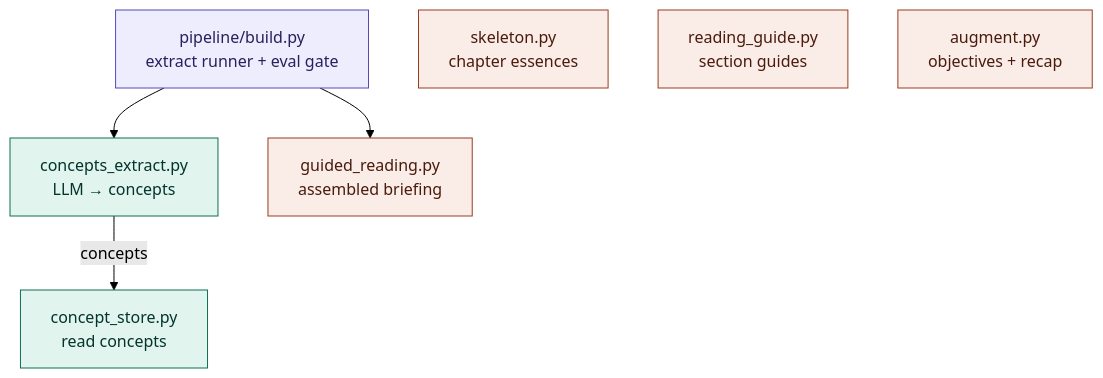
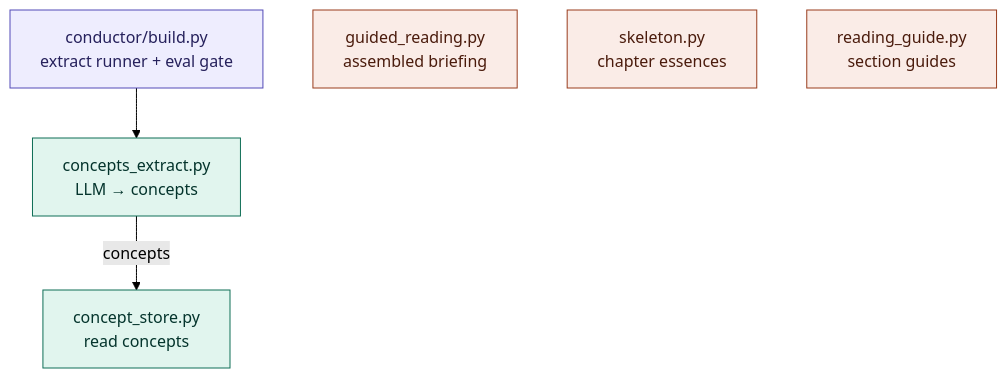
The fourth of 4 diagrams in MAP.md (Aiden-Ferrante/learnhub-core), drawn with Mermaid (forest theme) before and after one commit. The commit also changed other lines of this file and 461 other files, not shown here.

````diff
--- a/MAP.md
+++ b/MAP.md
@@ -355,29 +327,26 @@
 ```mermaid
 flowchart TD
-  build["pipeline/build.py<br/>extract runner + eval gate"]
+  build["conductor/build.py<br/>extract runner + eval gate"]
   concepts["concepts_extract.py<br/>LLM → concepts"]
   store["concept_store.py<br/>read concepts"]
   deep["guided_reading.py<br/>assembled briefing"]
   skeleton["skeleton.py<br/>chapter essences"]
   guide["reading_guide.py<br/>section guides"]
-  augment["augment.py<br/>objectives + recap"]
 
   build --> concepts
-  build --> deep
   concepts -->|concepts| store
 
   classDef trig fill:#EEEDFE,stroke:#534AB7,color:#26215C;
   classDef core fill:#E1F5EE,stroke:#0F6E56,color:#04342C;
   classDef pass fill:#FAECE7,stroke:#993C1D,color:#4A1B0C;
   class build trig;
   class concepts,store core;
-  class deep,skeleton,guide,augment pass;
+  class deep,skeleton,guide pass;
 
-  click build "https://github.com/Aiden-Ferrante/learnhub/blob/main/backend/app/pipeline/build.py"
-  click concepts "https://github.com/Aiden-Ferrante/learnhub/blob/main/backend/app/extraction/concepts_extract.py"
-  click store "https://github.com/Aiden-Ferrante/learnhub/blob/main/backend/app/extraction/concept_store.py"
-  click deep "https://github.com/Aiden-Ferrante/learnhub/blob/main/backend/app/extraction/guided_reading.py"
-  click skeleton "https://github.com/Aiden-Ferrante/learnhub/blob/main/backend/app/extraction/skeleton.py"
-  click guide "https://github.com/Aiden-Ferrante/learnhub/blob/main/backend/app/extraction/reading_guide.py"
-  click augment "https://github.com/Aiden-Ferrante/learnhub/blob/main/backend/app/extraction/augment.py"
+  click build "https://github.com/Aiden-Ferrante/learnhub/blob/main/backend/app/conductor/build.py"
+  click concepts "https://github.com/Aiden-Ferrante/learnhub/blob/main/backend/app/process/extraction/concepts_extract.py"
+  click store "https://github.com/Aiden-Ferrante/learnhub/blob/main/backend/app/process/extraction/concept_store.py"
+  click deep "https://github.com/Aiden-Ferrante/learnhub/blob/main/backend/app/process/extraction/guided_reading.py"
+  click skeleton "https://github.com/Aiden-Ferrante/learnhub/blob/main/backend/app/process/extraction/skeleton.py"
+  click guide "https://github.com/Aiden-Ferrante/learnhub/blob/main/backend/app/process/extraction/reading_guide.py"
 ```
````
